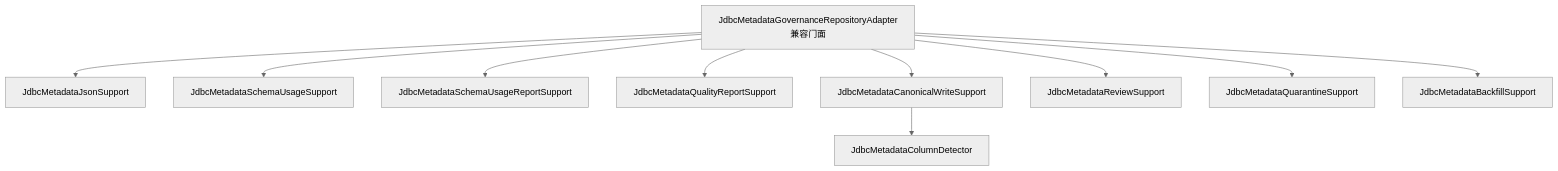
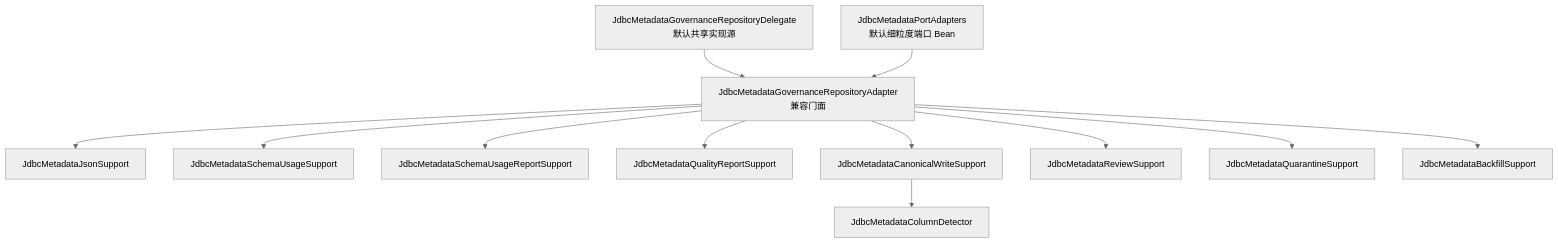
Before and after one commit to onceMisery/seahorse-agent: the ninth of 10 diagrams in docs/zh/content/架构设计/架构设计.md, drawn with Mermaid (neutral theme). The commit also changed other lines of this file and 40 other files, not shown here.

````diff
--- a/docs/zh/content/架构设计/架构设计.md
+++ b/docs/zh/content/架构设计/架构设计.md
@@ -464,23 +464,27 @@
 ```mermaid
 flowchart TB
+    Delegate["JdbcMetadataGovernanceRepositoryDelegate<br/>默认共享实现源"]
+    Ports["JdbcMetadataPortAdapters<br/>默认细粒度端口 Bean"]
     Facade["JdbcMetadataGovernanceRepositoryAdapter<br/>兼容门面"]
     Json["JdbcMetadataJsonSupport"]
     Usage["JdbcMetadataSchemaUsageSupport"]
     UsageReport["JdbcMetadataSchemaUsageReportSupport"]
     Quality["JdbcMetadataQualityReportSupport"]
     Canonical["JdbcMetadataCanonicalWriteSupport"]
     Review["JdbcMetadataReviewSupport"]
     Quarantine["JdbcMetadataQuarantineSupport"]
     Backfill["JdbcMetadataBackfillSupport"]
     Column["JdbcMetadataColumnDetector"]
 
+    Delegate --> Facade
+    Ports --> Facade
     Facade --> Json
     Facade --> Usage
     Facade --> UsageReport
     Facade --> Quality
     Facade --> Canonical
     Facade --> Review
     Facade --> Quarantine
     Facade --> Backfill
     Canonical --> Column
 ```
````
